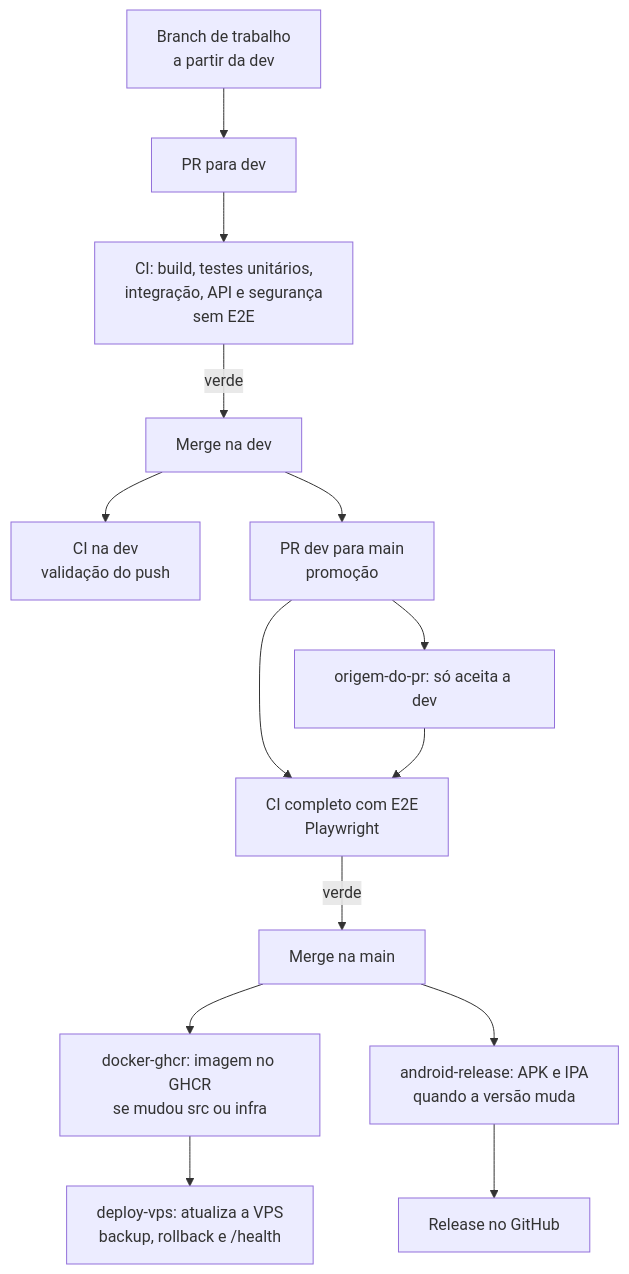
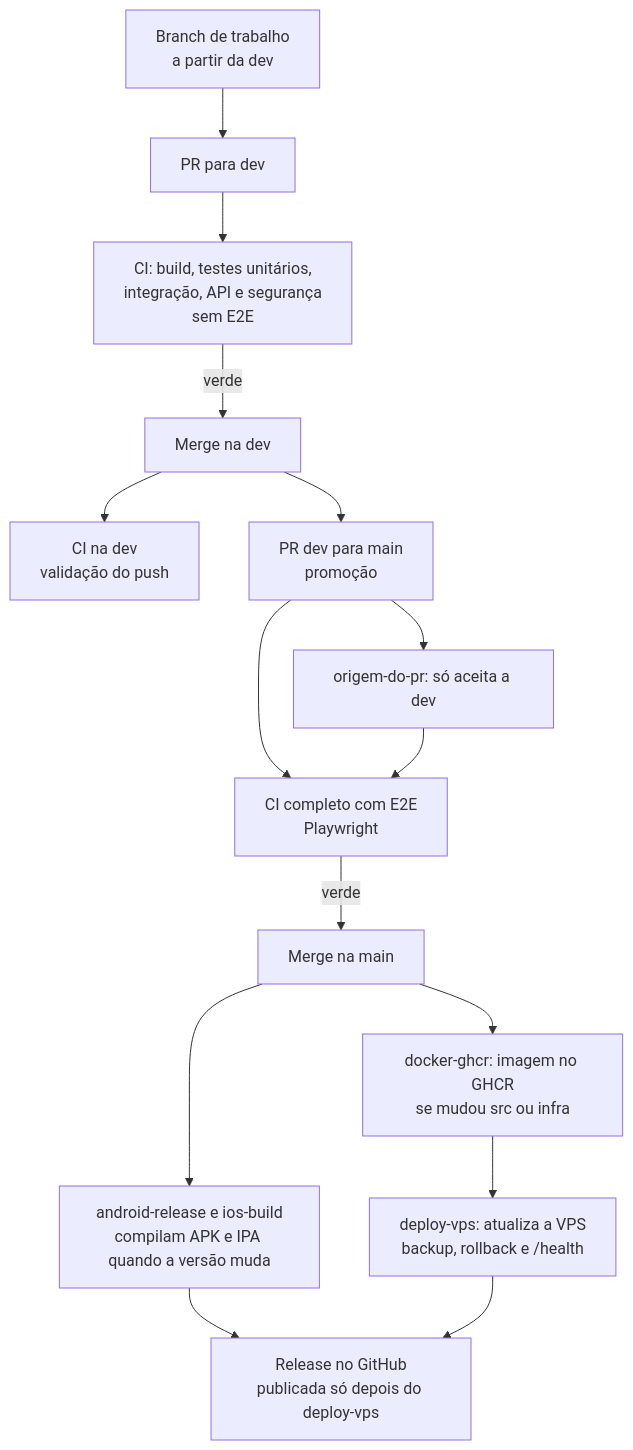
One commit to RondineleG/Monburan changed the third of 4 diagrams in docs/fluxo-projeto.md. Above: the diagram before and after it, drawn with Mermaid. The commit also changed other lines of this file and 4 other files, not shown here.

````diff
--- a/docs/fluxo-projeto.md
+++ b/docs/fluxo-projeto.md
@@ -55,16 +64,17 @@
 ```mermaid
 flowchart TD
     BR[Branch de trabalho<br/>a partir da dev] --> PR1[PR para dev]
     PR1 --> CI1[CI: build, testes unitários,<br/>integração, API e segurança<br/>sem E2E]
     CI1 -->|verde| MERGE1[Merge na dev]
     MERGE1 --> CI2[CI na dev<br/>validação do push]
     MERGE1 --> PR2[PR dev para main<br/>promoção]
     PR2 --> GATE[origem-do-pr: só aceita a dev]
     PR2 --> CI3[CI completo com E2E<br/>Playwright]
     GATE --> CI3
     CI3 -->|verde| MERGE2[Merge na main]
     MERGE2 --> IMG[docker-ghcr: imagem no GHCR<br/>se mudou src ou infra]
     IMG --> VPS[deploy-vps: atualiza a VPS<br/>backup, rollback e /health]
-    MERGE2 --> REL[android-release: APK e IPA<br/>quando a versão muda]
-    REL --> RELEASE[Release no GitHub]
+    MERGE2 --> REL[android-release e ios-build<br/>compilam APK e IPA quando a versão muda]
+    REL --> RELEASE[Release no GitHub<br/>publicada só depois do deploy-vps]
+    VPS --> RELEASE
 ```
````
